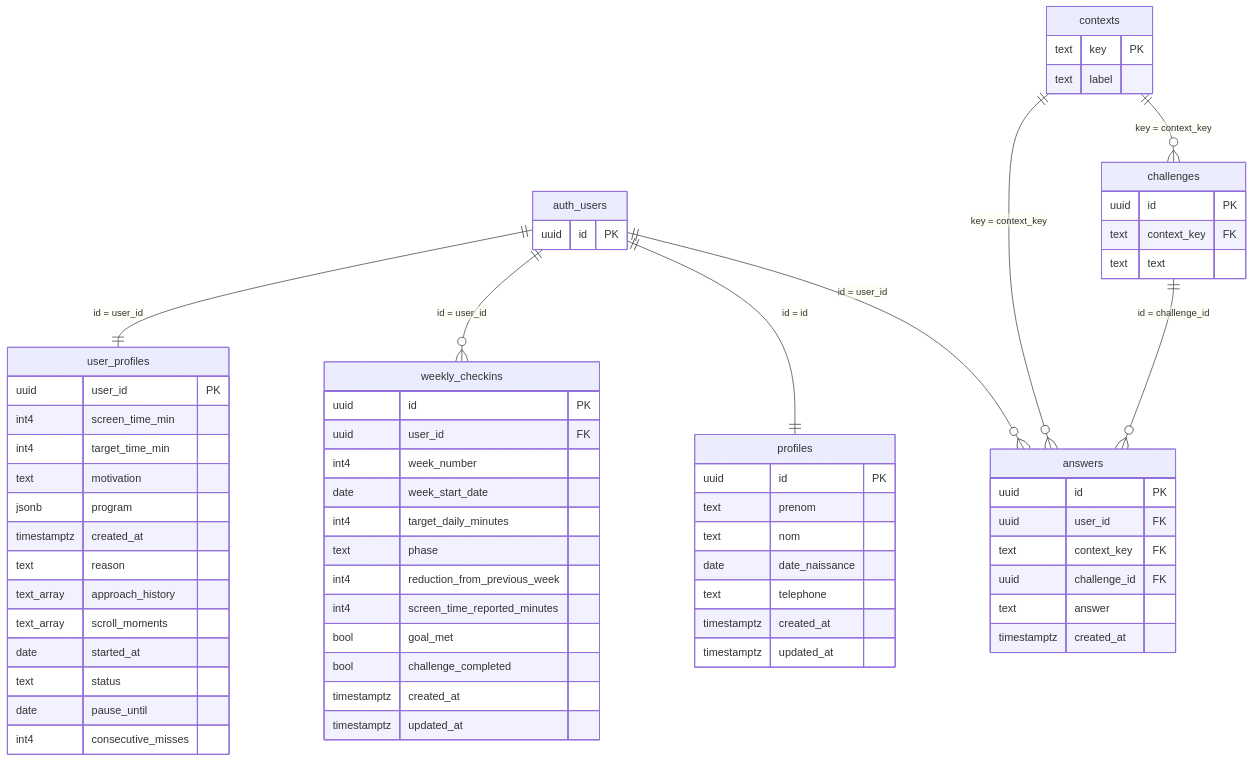
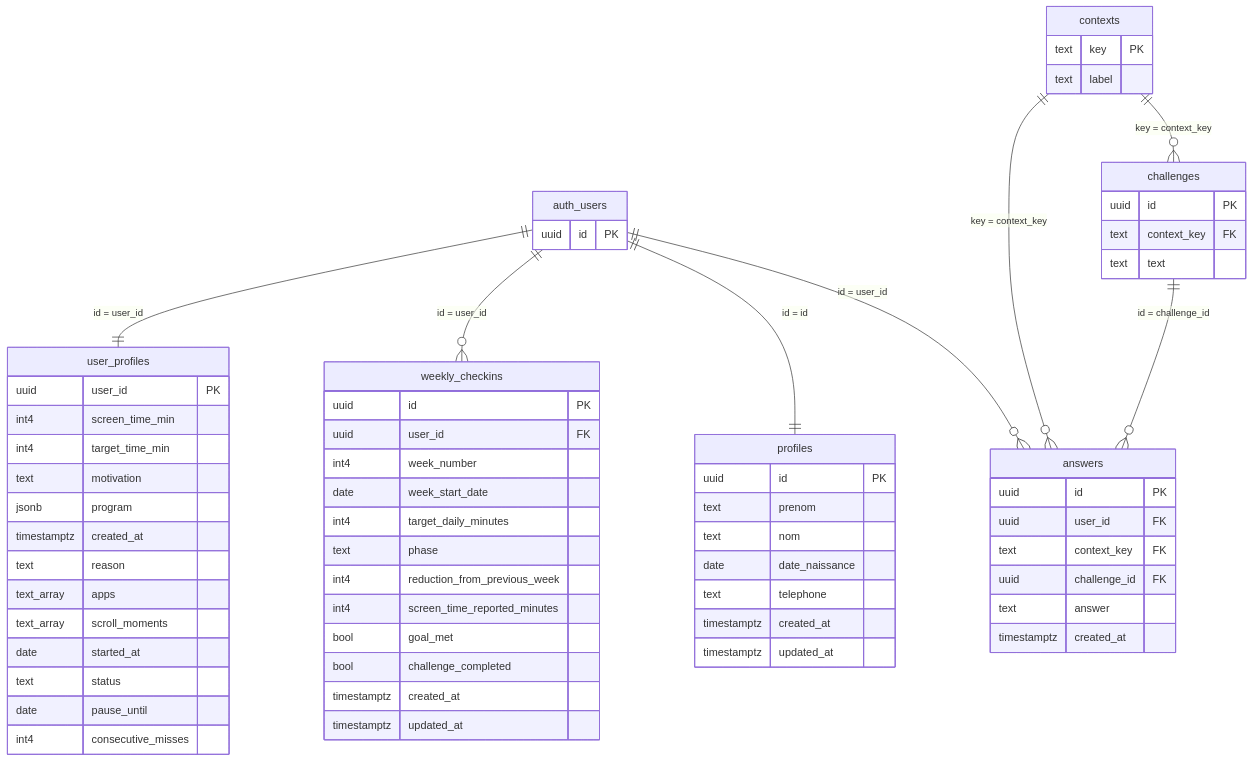
The diagram in docs/supabase-schema.md (KerdanetYvan/nms-app), drawn with Mermaid before and after one commit. The commit also changed other lines of this file and 1 other file, not shown here.

````diff
--- a/docs/supabase-schema.md
+++ b/docs/supabase-schema.md
@@ -7,75 +7,75 @@
 ```mermaid
 erDiagram
     auth_users {
         uuid id PK
     }
 
     user_profiles {
         uuid user_id PK
         int4 screen_time_min
         int4 target_time_min
         text motivation
         jsonb program
         timestamptz created_at
         text reason
-        text_array approach_history
+        text_array apps
         text_array scroll_moments
         date started_at
         text status
         date pause_until
         int4 consecutive_misses
     }
 
     weekly_checkins {
         uuid id PK
         uuid user_id FK
         int4 week_number
         date week_start_date
         int4 target_daily_minutes
         text phase
         int4 reduction_from_previous_week
         int4 screen_time_reported_minutes
         bool goal_met
         bool challenge_completed
         timestamptz created_at
         timestamptz updated_at
     }
 
     profiles {
         uuid id PK
         text prenom
         text nom
         date date_naissance
         text telephone
         timestamptz created_at
         timestamptz updated_at
     }
 
     answers {
         uuid id PK
         uuid user_id FK
         text context_key FK
         uuid challenge_id FK
         text answer
         timestamptz created_at
     }
 
     contexts {
         text key PK
         text label
     }
 
     challenges {
         uuid id PK
         text context_key FK
         text text
     }
 
     auth_users ||--|| user_profiles : "id = user_id"
     auth_users ||--o{ weekly_checkins : "id = user_id"
     auth_users ||--|| profiles : "id = id"
     auth_users ||--o{ answers : "id = user_id"
     contexts ||--o{ answers : "key = context_key"
     challenges ||--o{ answers : "id = challenge_id"
     contexts ||--o{ challenges : "key = context_key"
 ```
````
